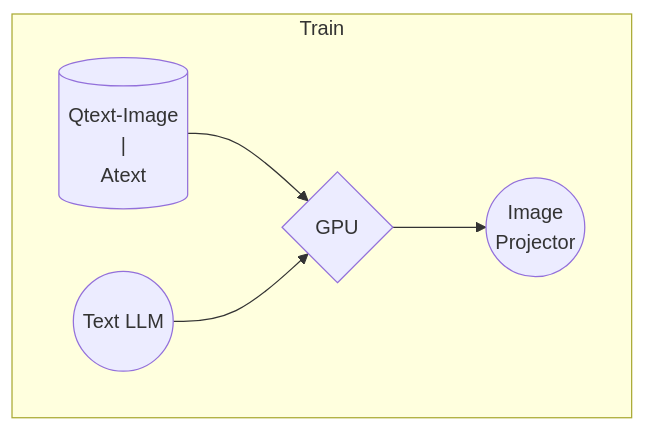
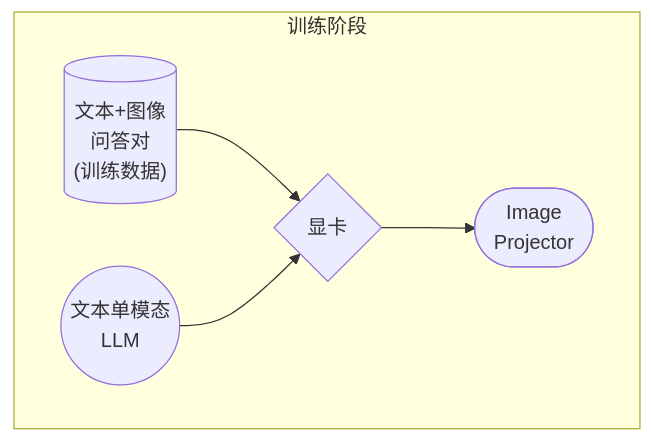
One commit to InternLM/Tutorial changed the third of 5 diagrams in xtuner/llava/xtuner_llava.md. Above: the diagram before and after it, drawn with Mermaid. The commit also changed other lines of this file, not shown here.

Commit message:
flowchart to chinese

````diff
--- a/xtuner/llava/xtuner_llava.md
+++ b/xtuner/llava/xtuner_llava.md
@@ -54,8 +56,8 @@
 ```mermaid
 flowchart TB;
-subgraph Train
-a[("Qtext-Image<br>|<br>Atext")] --> b{GPU}
-c((Text LLM)) --> b
-b --> d((Image<br>Projector))
+subgraph 训练阶段
+a[("文本+图像<br>问答对<br>(训练数据)")] --> b{显卡}
+c((文本单模态<br>LLM)) --> b
+b --> d([Image<br>Projector])
 end
 ```
````
